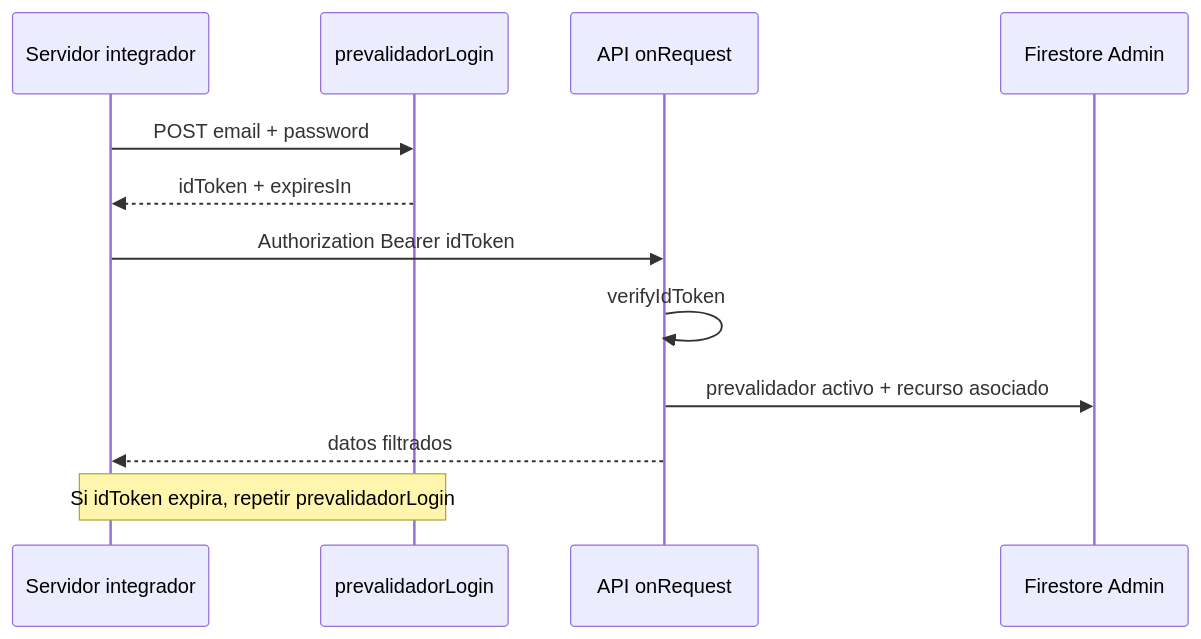
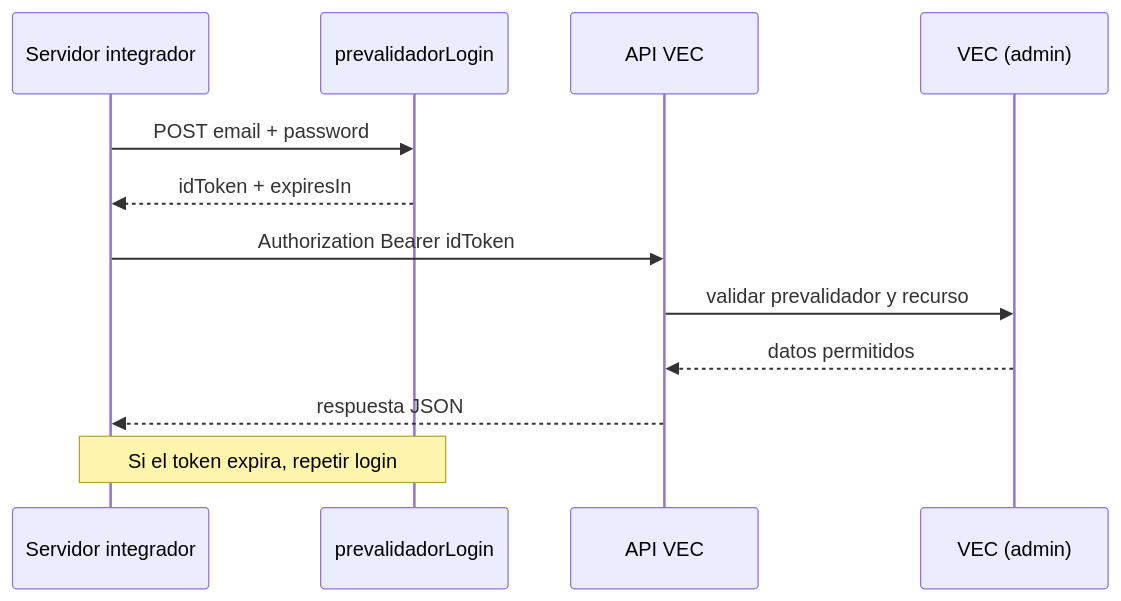
One commit to cuauhtemocvs/documentacion-vec changed the diagram in prevalidador/prevalidador-auth.md. Above: the diagram before and after it, drawn with Mermaid. The commit also changed other lines of this file and 4 other files, not shown here.

````diff
--- a/prevalidador/prevalidador-auth.md
+++ b/prevalidador/prevalidador-auth.md
@@ -17,15 +25,15 @@
 ```mermaid
 sequenceDiagram
-  participant Servidor as Servidor integrador
+  participant Integrador as Servidor integrador
   participant Login as prevalidadorLogin
-  participant API as API onRequest
-  participant FS as Firestore Admin
+  participant API as API VEC
+  participant VEC as VEC (admin)
 
-  Servidor->>Login: POST email + password
-  Login-->>Servidor: idToken + expiresIn
-  Servidor->>API: Authorization Bearer idToken
-  API->>API: verifyIdToken
-  API->>FS: prevalidador activo + recurso asociado
-  API-->>Servidor: datos filtrados
-  Note over Servidor,Login: Si idToken expira, repetir prevalidadorLogin
+  Integrador->>Login: POST email + password
+  Login-->>Integrador: idToken + expiresIn
+  Integrador->>API: Authorization Bearer idToken
+  API->>VEC: validar prevalidador y recurso
+  VEC-->>API: datos permitidos
+  API-->>Integrador: respuesta JSON
+  Note over Integrador,Login: Si el token expira, repetir login
 ```
````
